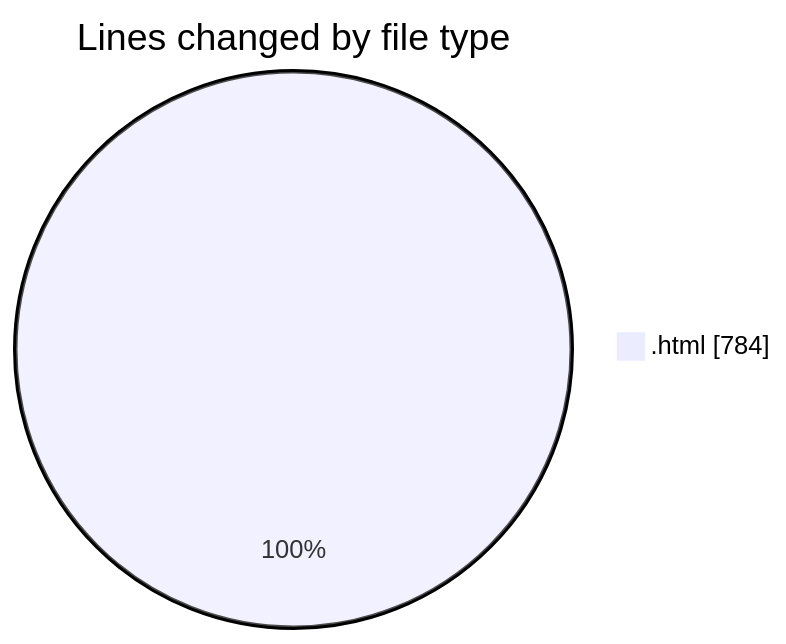
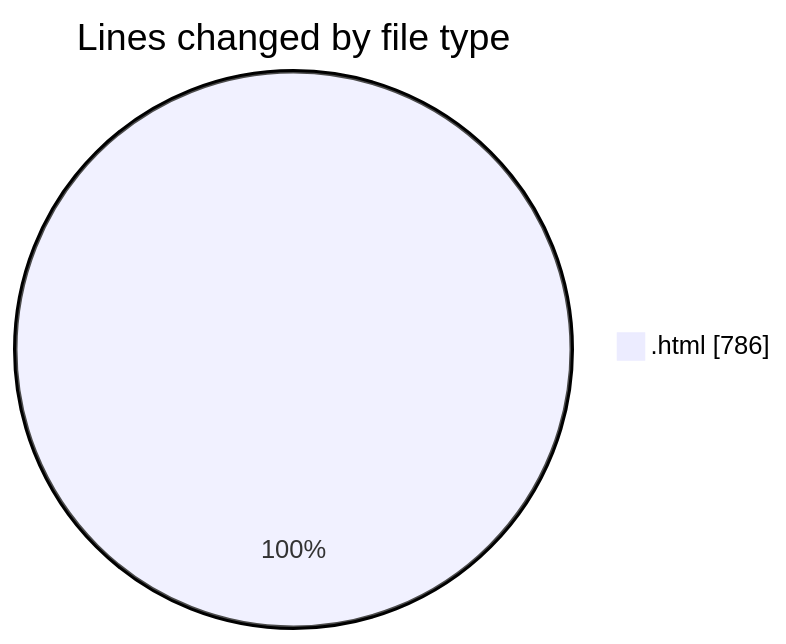
Before and after one commit to vahidmafi/code-tracking: the first of 2 diagrams in 2025-06-07/www/README.md, drawn with Mermaid. The commit also changed other lines of this file and 1 other file, not shown here.

````diff
--- a/2025-06-07/www/README.md
+++ b/2025-06-07/www/README.md
@@ -21,5 +21,5 @@
 ```mermaid
 pie showData
 title Lines changed by file type
-".html" : 784
+".html" : 786
 ```
````
